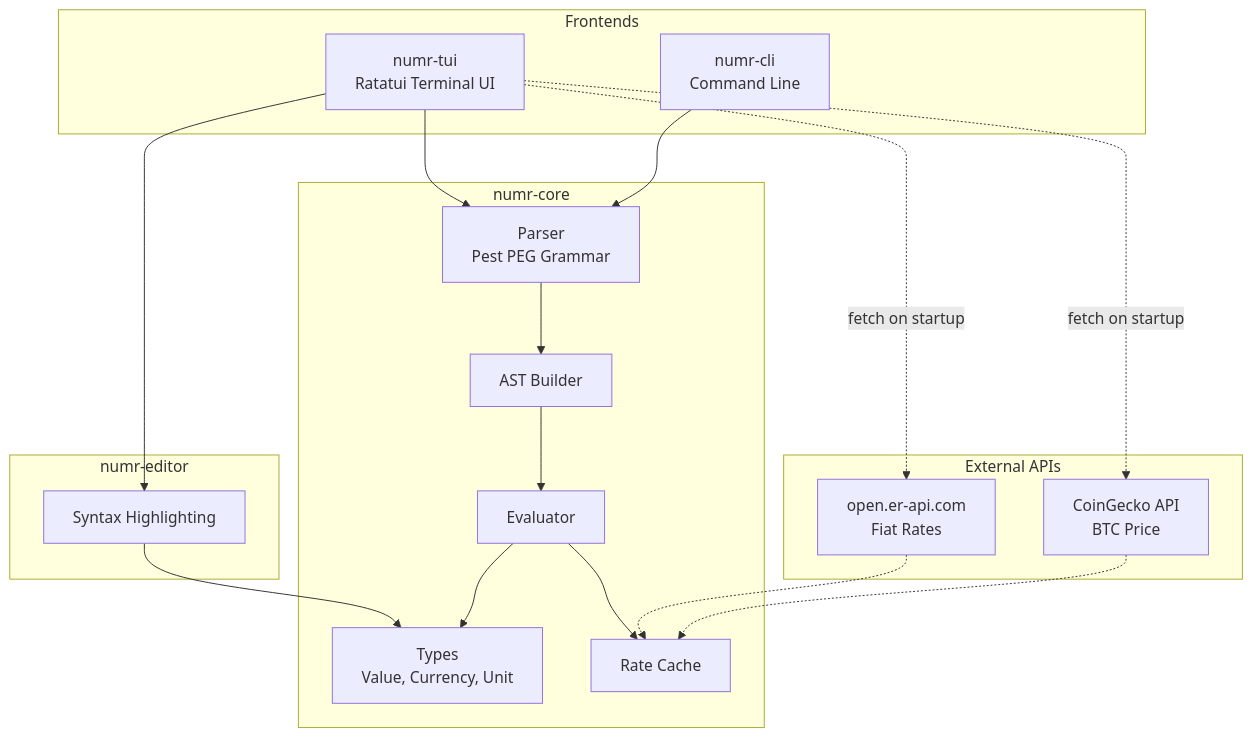
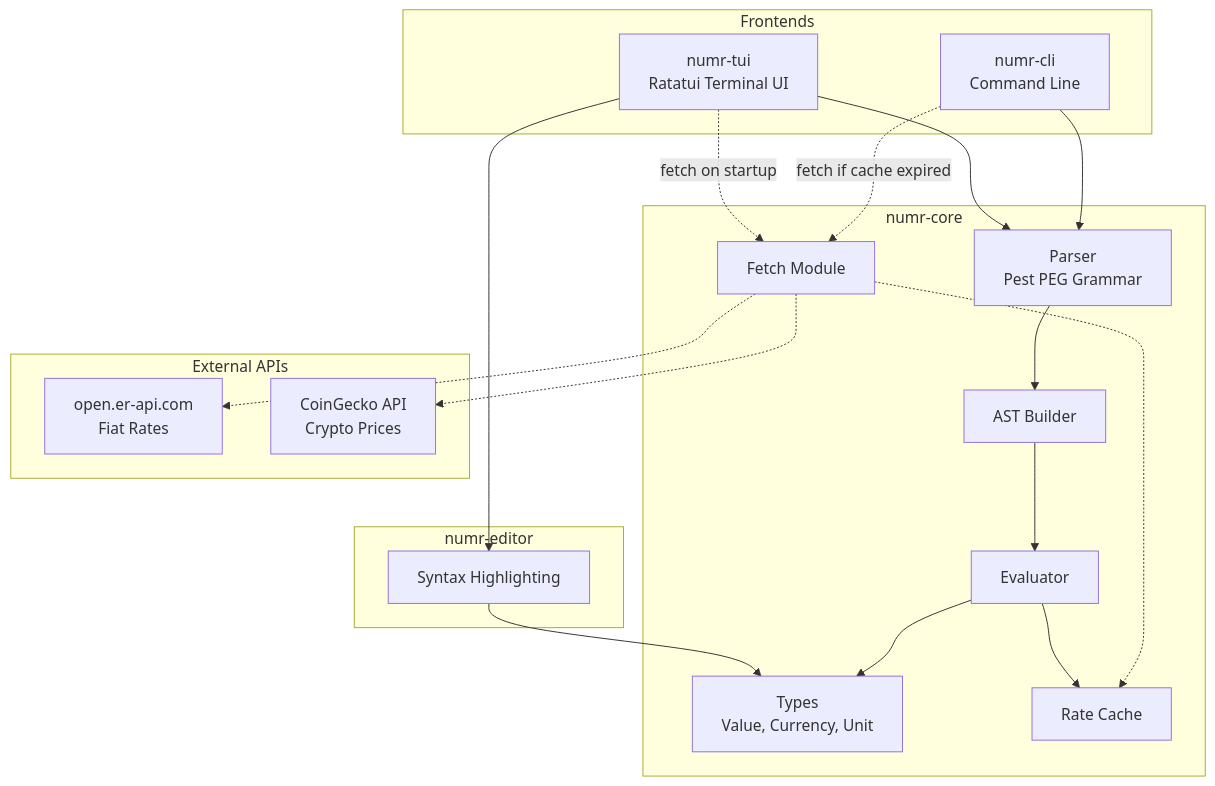
One commit to nasedkinpv/numr changed the diagram in README.md. Above: the diagram before and after it, drawn with Mermaid. The commit also changed other lines of this file and 19 other files, not shown here.

````diff
--- a/README.md
+++ b/README.md
@@ -191,37 +196,39 @@
 ```mermaid
 graph TB
     subgraph Frontends
         TUI[numr-tui<br/>Ratatui Terminal UI]
         CLI[numr-cli<br/>Command Line]
     end
 
     subgraph Editor[numr-editor]
         Highlight[Syntax Highlighting]
     end
 
     subgraph Core[numr-core]
         Parser[Parser<br/>Pest PEG Grammar]
         AST[AST Builder]
         Eval[Evaluator]
         Types[Types<br/>Value, Currency, Unit]
         Cache[Rate Cache]
+        Fetch[Fetch Module]
     end
 
     subgraph External APIs
         Fiat[open.er-api.com<br/>Fiat Rates]
-        Crypto[CoinGecko API<br/>BTC Price]
+        Crypto[CoinGecko API<br/>Crypto Prices]
     end
 
     TUI --> Highlight
     TUI --> Parser
     CLI --> Parser
     Highlight --> Types
     Parser --> AST
     AST --> Eval
     Eval --> Types
     Eval --> Cache
-    TUI -.->|fetch on startup| Fiat
-    TUI -.->|fetch on startup| Crypto
-    Fiat -.-> Cache
-    Crypto -.-> Cache
+    TUI -.->|fetch on startup| Fetch
+    CLI -.->|fetch if cache expired| Fetch
+    Fetch -.-> Fiat
+    Fetch -.-> Crypto
+    Fetch -.-> Cache
 ```
````
